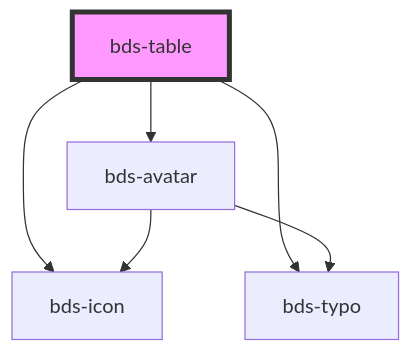
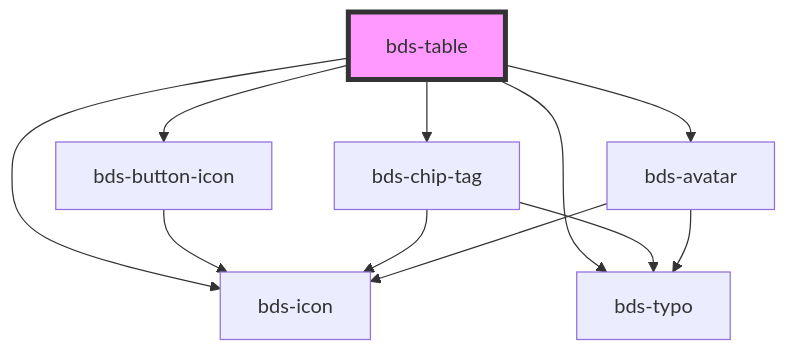
One commit to takenet/blip-ds changed the diagram in src/components/table/readme.md. Above: the diagram before and after it, drawn with Mermaid. The commit also changed other lines of this file and 8 other files, not shown here.

````diff
--- a/src/components/table/readme.md
+++ b/src/components/table/readme.md
@@ -27,9 +53,14 @@
 ```mermaid
 graph TD;
   bds-table --> bds-icon
   bds-table --> bds-typo
+  bds-table --> bds-button-icon
+  bds-table --> bds-chip-tag
   bds-table --> bds-avatar
+  bds-button-icon --> bds-icon
+  bds-chip-tag --> bds-icon
+  bds-chip-tag --> bds-typo
   bds-avatar --> bds-typo
   bds-avatar --> bds-icon
   style bds-table fill:#f9f,stroke:#333,stroke-width:4px
 ```
````
